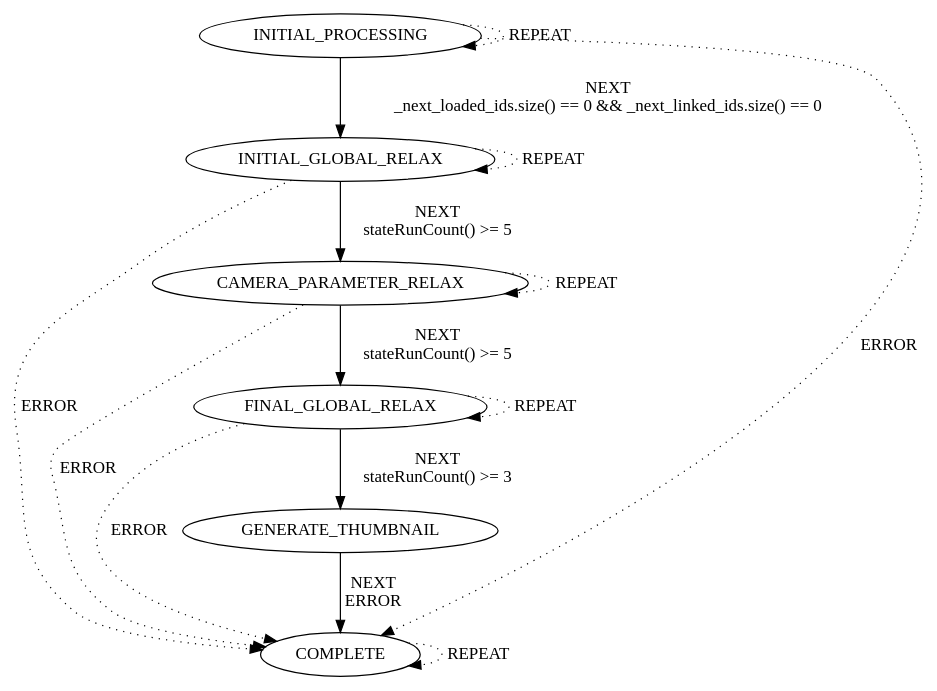
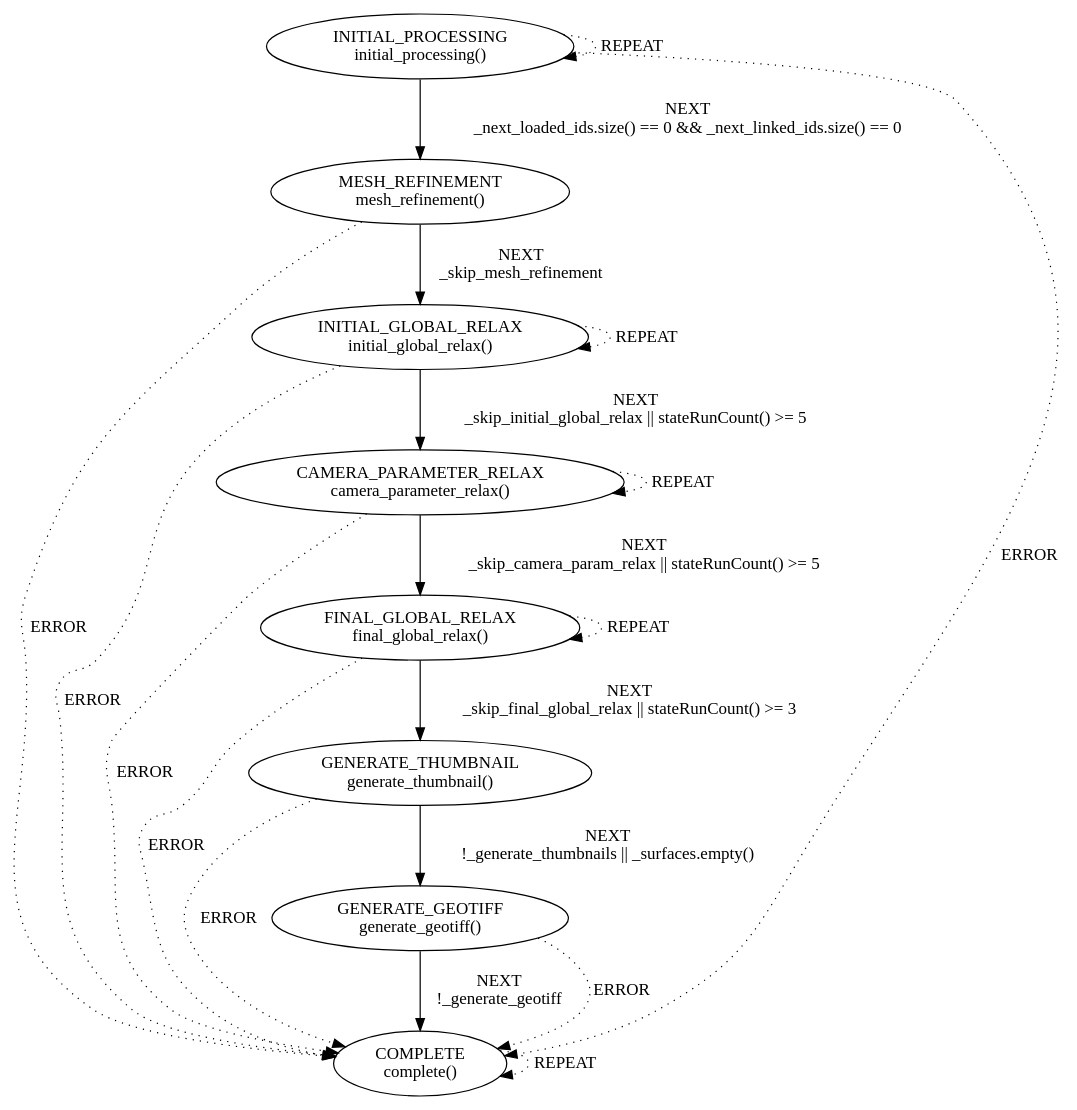
Before and after one commit to jkflying/opencalibration: the diagram in src/pipeline/pipeline.cpp.dot, drawn with Graphviz. The commit also changed 4 other files, not shown here.

```diff
--- a/src/pipeline/pipeline.cpp.dot
+++ b/src/pipeline/pipeline.cpp.dot
@@ -1,20 +1,21 @@
 digraph {
-    "INITIAL_PROCESSING" -> "INITIAL_GLOBAL_RELAX" [label="NEXT
-_next_loaded_ids.size() == 0 && _next_linked_ids.size() == 0", style="solid", weight=1]
-    "INITIAL_PROCESSING" -> "COMPLETE" [label="ERROR", style="dotted", weight=0.1]
-    "INITIAL_GLOBAL_RELAX" -> "CAMERA_PARAMETER_RELAX" [label="NEXT
-stateRunCount() >= 5", style="solid", weight=1]
-    "INITIAL_GLOBAL_RELAX" -> "COMPLETE" [label="ERROR", style="dotted", weight=0.1]
-    "CAMERA_PARAMETER_RELAX" -> "FINAL_GLOBAL_RELAX" [label="NEXT
-stateRunCount() >= 5", style="solid", weight=1]
-    "CAMERA_PARAMETER_RELAX" -> "COMPLETE" [label="ERROR", style="dotted", weight=0.1]
-    "FINAL_GLOBAL_RELAX" -> "GENERATE_THUMBNAIL" [label="NEXT
-stateRunCount() >= 3", style="solid", weight=1]
-    "FINAL_GLOBAL_RELAX" -> "COMPLETE" [label="ERROR", style="dotted", weight=0.1]
-    "GENERATE_THUMBNAIL" -> "COMPLETE" [label="NEXT\nERROR", style="solid", weight=1]
-    "INITIAL_PROCESSING" -> "INITIAL_PROCESSING" [label="REPEAT", style="dotted", weight=0.1]
-    "INITIAL_GLOBAL_RELAX" -> "INITIAL_GLOBAL_RELAX" [label="REPEAT", style="dotted", weight=0.1]
-    "CAMERA_PARAMETER_RELAX" -> "CAMERA_PARAMETER_RELAX" [label="REPEAT", style="dotted", weight=0.1]
-    "FINAL_GLOBAL_RELAX" -> "FINAL_GLOBAL_RELAX" [label="REPEAT", style="dotted", weight=0.1]
-    "COMPLETE" -> "COMPLETE" [label="REPEAT", style="dotted", weight=0.1]
+    "INITIAL_PROCESSING\ninitial_processing()" -> "MESH_REFINEMENT\nmesh_refinement()" [label="NEXT\n_next_loaded_ids.size() == 0 && _next_linked_ids.size() == 0", style="solid", weight=1]
+    "INITIAL_PROCESSING\ninitial_processing()" -> "COMPLETE\ncomplete()" [label="ERROR", style="dotted", weight=0.1]
+    "MESH_REFINEMENT\nmesh_refinement()" -> "INITIAL_GLOBAL_RELAX\ninitial_global_relax()" [label="NEXT\n_skip_mesh_refinement", style="solid", weight=1]
+    "MESH_REFINEMENT\nmesh_refinement()" -> "COMPLETE\ncomplete()" [label="ERROR", style="dotted", weight=0.1]
+    "INITIAL_GLOBAL_RELAX\ninitial_global_relax()" -> "CAMERA_PARAMETER_RELAX\ncamera_parameter_relax()" [label="NEXT\n_skip_initial_global_relax || stateRunCount() >= 5", style="solid", weight=1]
+    "INITIAL_GLOBAL_RELAX\ninitial_global_relax()" -> "COMPLETE\ncomplete()" [label="ERROR", style="dotted", weight=0.1]
+    "CAMERA_PARAMETER_RELAX\ncamera_parameter_relax()" -> "FINAL_GLOBAL_RELAX\nfinal_global_relax()" [label="NEXT\n_skip_camera_param_relax || stateRunCount() >= 5", style="solid", weight=1]
+    "CAMERA_PARAMETER_RELAX\ncamera_parameter_relax()" -> "COMPLETE\ncomplete()" [label="ERROR", style="dotted", weight=0.1]
+    "FINAL_GLOBAL_RELAX\nfinal_global_relax()" -> "GENERATE_THUMBNAIL\ngenerate_thumbnail()" [label="NEXT\n_skip_final_global_relax || stateRunCount() >= 3", style="solid", weight=1]
+    "FINAL_GLOBAL_RELAX\nfinal_global_relax()" -> "COMPLETE\ncomplete()" [label="ERROR", style="dotted", weight=0.1]
+    "GENERATE_THUMBNAIL\ngenerate_thumbnail()" -> "GENERATE_GEOTIFF\ngenerate_geotiff()" [label="NEXT\n!_generate_thumbnails || _surfaces.empty()", style="solid", weight=1]
+    "GENERATE_THUMBNAIL\ngenerate_thumbnail()" -> "COMPLETE\ncomplete()" [label="ERROR", style="dotted", weight=0.1]
+    "GENERATE_GEOTIFF\ngenerate_geotiff()" -> "COMPLETE\ncomplete()" [label="NEXT\n!_generate_geotiff", style="solid", weight=1]
+    "GENERATE_GEOTIFF\ngenerate_geotiff()" -> "COMPLETE\ncomplete()" [label="ERROR", style="dotted", weight=0.1]
+    "INITIAL_PROCESSING\ninitial_processing()" -> "INITIAL_PROCESSING\ninitial_processing()" [label="REPEAT", style="dotted", weight=0.1]
+    "INITIAL_GLOBAL_RELAX\ninitial_global_relax()" -> "INITIAL_GLOBAL_RELAX\ninitial_global_relax()" [label="REPEAT", style="dotted", weight=0.1]
+    "CAMERA_PARAMETER_RELAX\ncamera_parameter_relax()" -> "CAMERA_PARAMETER_RELAX\ncamera_parameter_relax()" [label="REPEAT", style="dotted", weight=0.1]
+    "FINAL_GLOBAL_RELAX\nfinal_global_relax()" -> "FINAL_GLOBAL_RELAX\nfinal_global_relax()" [label="REPEAT", style="dotted", weight=0.1]
+    "COMPLETE\ncomplete()" -> "COMPLETE\ncomplete()" [label="REPEAT", style="dotted", weight=0.1]
 }
```
